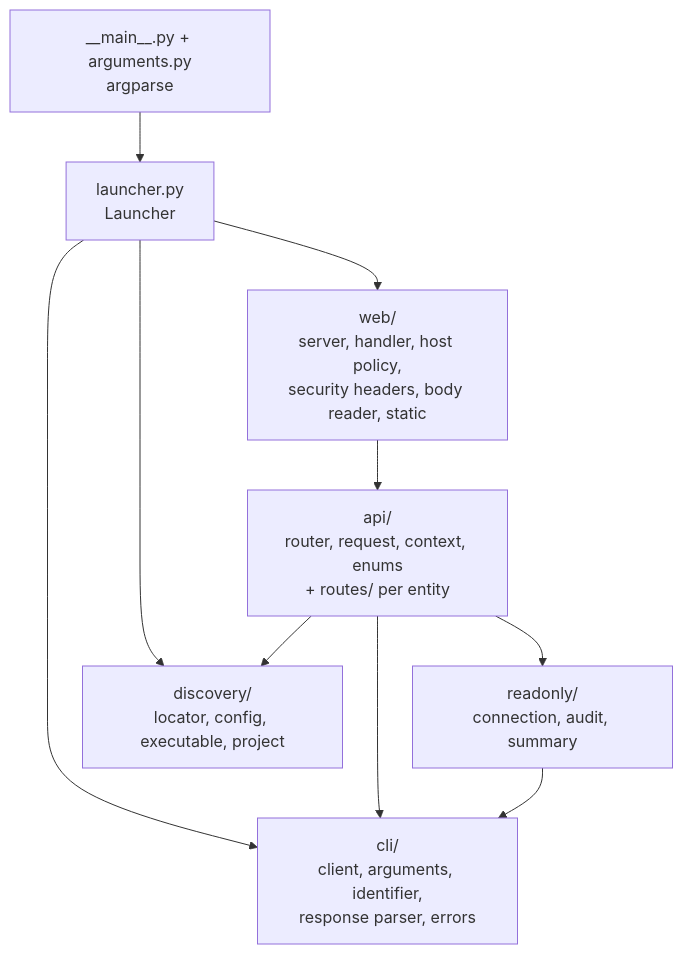
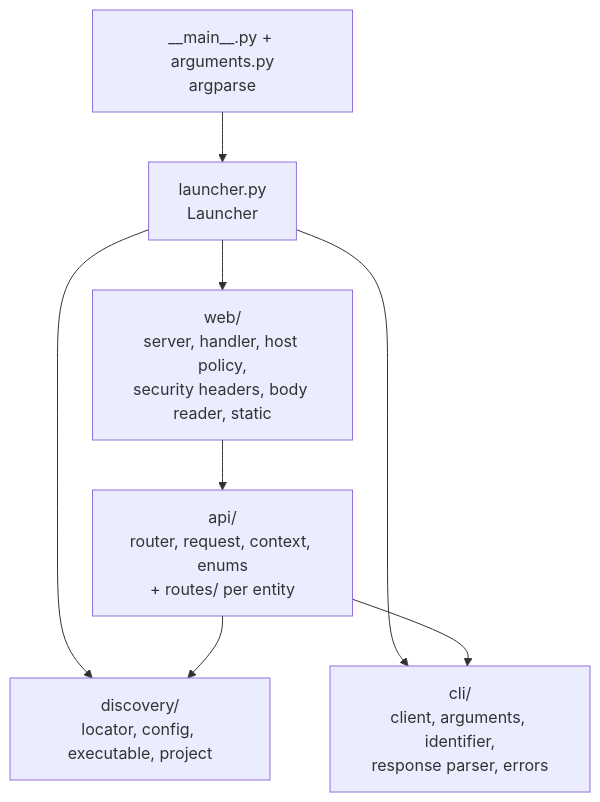
One commit to jnuez94/agentic-scaffold-project-task-tracker changed the second of 9 diagrams in docs/coordination-console-design.md. Above: the diagram before and after it, drawn with Mermaid. The commit also changed other lines of this file and 17 other files, not shown here.

````diff
--- a/docs/coordination-console-design.md
+++ b/docs/coordination-console-design.md
@@ -107,20 +97,17 @@
 ```mermaid
 flowchart TD
     MAIN["__main__.py + arguments.py<br/>argparse"]
     LAUNCH["launcher.py<br/>Launcher"]
     WEB["web/<br/>server, handler, host policy,<br/>security headers, body reader, static"]
     API["api/<br/>router, request, context, enums<br/>+ routes/ per entity"]
     CLI["cli/<br/>client, arguments, identifier,<br/>response parser, errors"]
-    RO["readonly/<br/>connection, audit, summary"]
     DISC["discovery/<br/>locator, config, executable, project"]
 
     MAIN --> LAUNCH
     LAUNCH --> DISC
     LAUNCH --> CLI
     LAUNCH --> WEB
     WEB --> API
     API --> CLI
-    API --> RO
     API --> DISC
-    RO --> CLI
 ```
````
